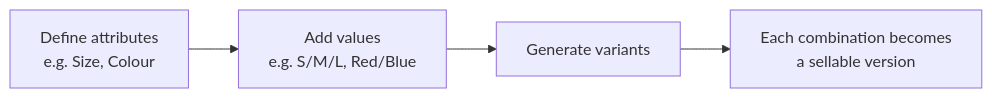
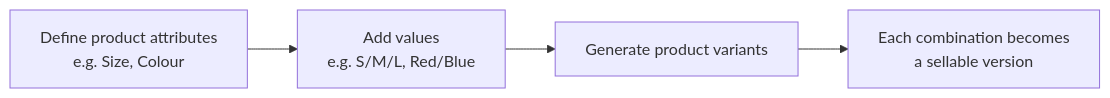
One commit to LaplaceSoftware/lp_projects_docs changed the first of 2 diagrams in docs/b2b_ecommerce_docs/_user_guide/010-Account-Manager-Portal-Product-Management.md. Above: the diagram before and after it, drawn with Mermaid. The commit also changed other lines of this file and 48 other files, not shown here.

````diff
--- a/docs/b2b_ecommerce_docs/_user_guide/010-Account-Manager-Portal-Product-Management.md
+++ b/docs/b2b_ecommerce_docs/_user_guide/010-Account-Manager-Portal-Product-Management.md
@@ -155,6 +148,6 @@
 ```mermaid
 flowchart LR
-    A["Define attributes<br/>e.g. Size, Colour"] --> B["Add values<br/>e.g. S/M/L, Red/Blue"]
-    B --> C["Generate variants"]
+    A["Define product attributes<br/>e.g. Size, Colour"] --> B["Add values<br/>e.g. S/M/L, Red/Blue"]
+    B --> C["Generate product variants"]
     C --> D["Each combination becomes<br/>a sellable version"]
 ```
````
